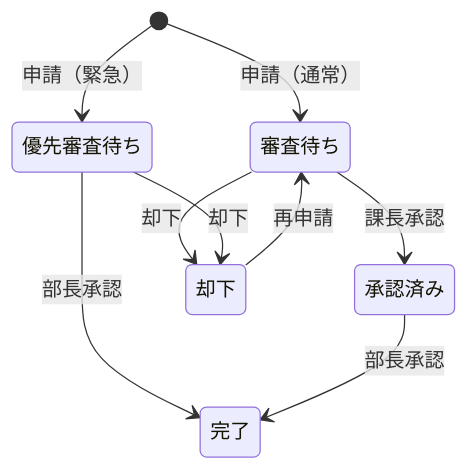
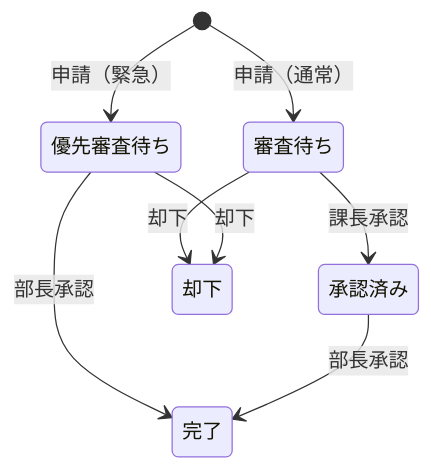
The fifth of 17 diagrams in kindle/design-patterns/output/chapter12.md (kumachan1101-pixel/DesignPattern), drawn with Mermaid before and after one commit. The commit also changed other lines of this file and 18 other files, not shown here.

````diff
--- a/kindle/design-patterns/output/chapter12.md
+++ b/kindle/design-patterns/output/chapter12.md
@@ -561,11 +564,10 @@
 ```mermaid
 stateDiagram-v2
     [*] --> 審査待ち : 申請（通常）
     [*] --> 優先審査待ち : 申請（緊急）
     審査待ち --> 承認済み : 課長承認
     審査待ち --> 却下 : 却下
     優先審査待ち --> 完了 : 部長承認
     優先審査待ち --> 却下 : 却下
     承認済み --> 完了 : 部長承認
-    却下 --> 審査待ち : 再申請
 ```
````
